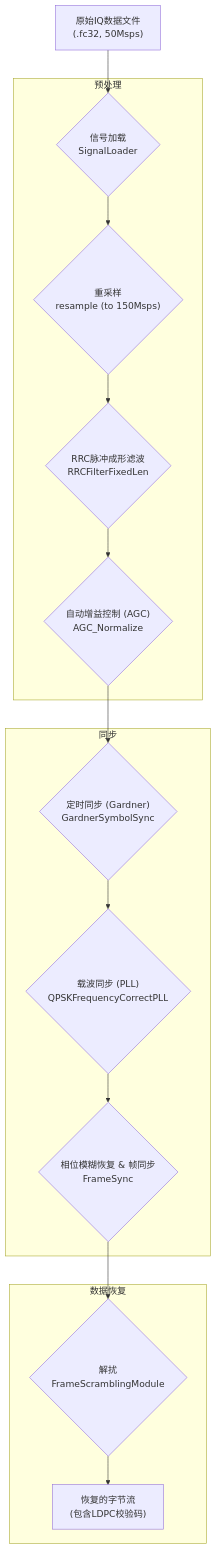
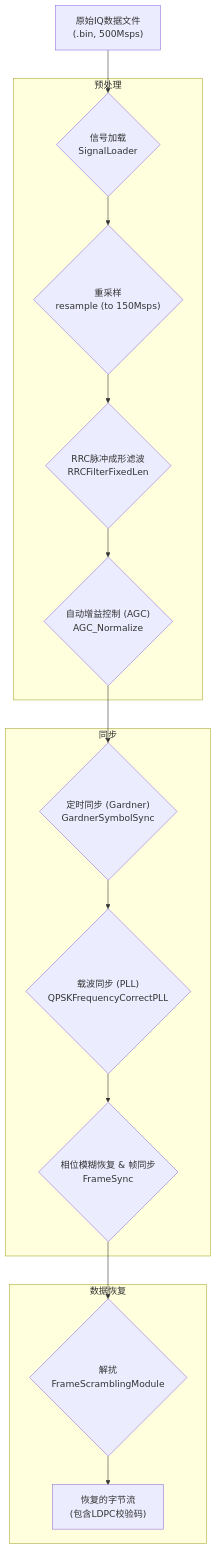
Before and after one commit to ssdisc/SatelliteQPSK: the diagram in docs/TUTORIAL.md, drawn with Mermaid. The commit also changed other lines of this file and 8 other files, not shown here.

````diff
--- a/docs/TUTORIAL.md
+++ b/docs/TUTORIAL.md
@@ -93,22 +91,22 @@
 ```mermaid
 graph TD
-    A["原始IQ数据文件<br>(.fc32, 50Msps)"] --> B{"信号加载<br>SignalLoader"};
+    A["原始IQ数据文件<br>(.bin, 500Msps)"] --> B{"信号加载<br>SignalLoader"};
     B --> C{"重采样<br>resample (to 150Msps)"};
     C --> D{"RRC脉冲成形滤波<br>RRCFilterFixedLen"};
     D --> E{"自动增益控制 (AGC)<br>AGC_Normalize"};
     E --> F{"定时同步 (Gardner)<br>GardnerSymbolSync"};
     F --> G{"载波同步 (PLL)<br>QPSKFrequencyCorrectPLL"};
     G --> H{"相位模糊恢复 & 帧同步<br>FrameSync"};
     H --> I{"解扰<br>FrameScramblingModule"};
     I --> J["恢复的字节流<br>(包含LDPC校验码)"];
 
     subgraph "预处理"
         B; C; D; E;
     end
     subgraph "同步"
         F; G; H;
     end
     subgraph "数据恢复"
         I; J;
     end
 ```
````
